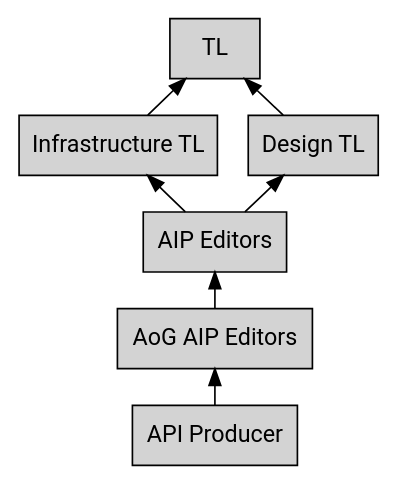
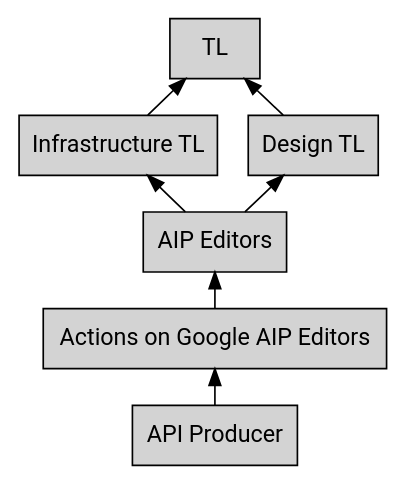
The first of 2 diagrams in aip/aog/3001.md (aip-dev/google.aip.dev), drawn with Graphviz before and after one commit. The commit also changed other lines of this file, not shown here.

First line of the commit message:
[AIP 3001] Remove references to "AoG".

````diff
--- a/aip/aog/3001.md
+++ b/aip/aog/3001.md
@@ -28,19 +28,19 @@
 ```graphviz
 digraph d_front_back {
   rankdir=BT;
   ranksep=0.3;
   node [ style="filled,solid" shape=box fontname="Roboto" ];
 
   producer [ label="API Producer" ];
   editors [ label="AIP Editors" ];
-  aog_editors [ label="AoG AIP Editors" ];
+  aog_editors [ label="Actions on Google AIP Editors" ];
   tl_infra [ label="Infrastructure TL" ];
   tl_design [ label="Design TL" ];
   tl [ label="TL" ];
 
   producer -> aog_editors;
   aog_editors -> editors;
   editors -> tl_infra -> tl;
   editors -> tl_design -> tl;
 }
 ```
````
